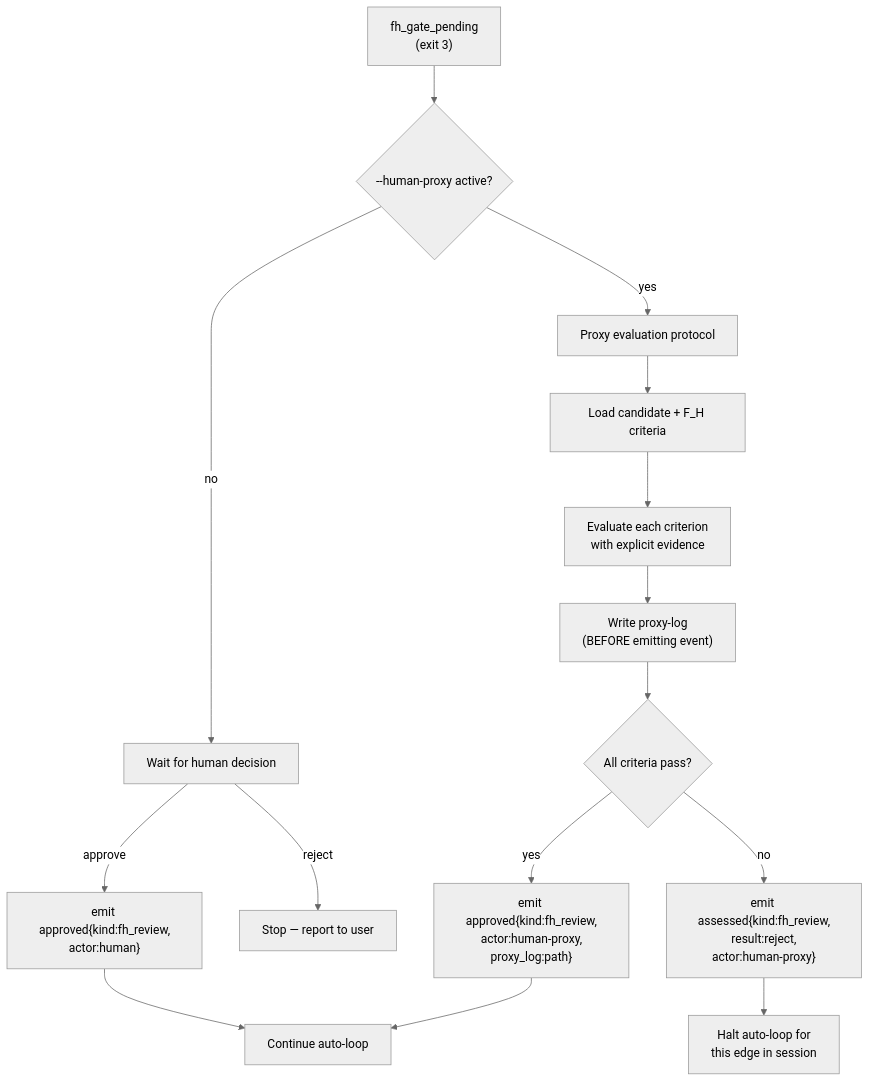
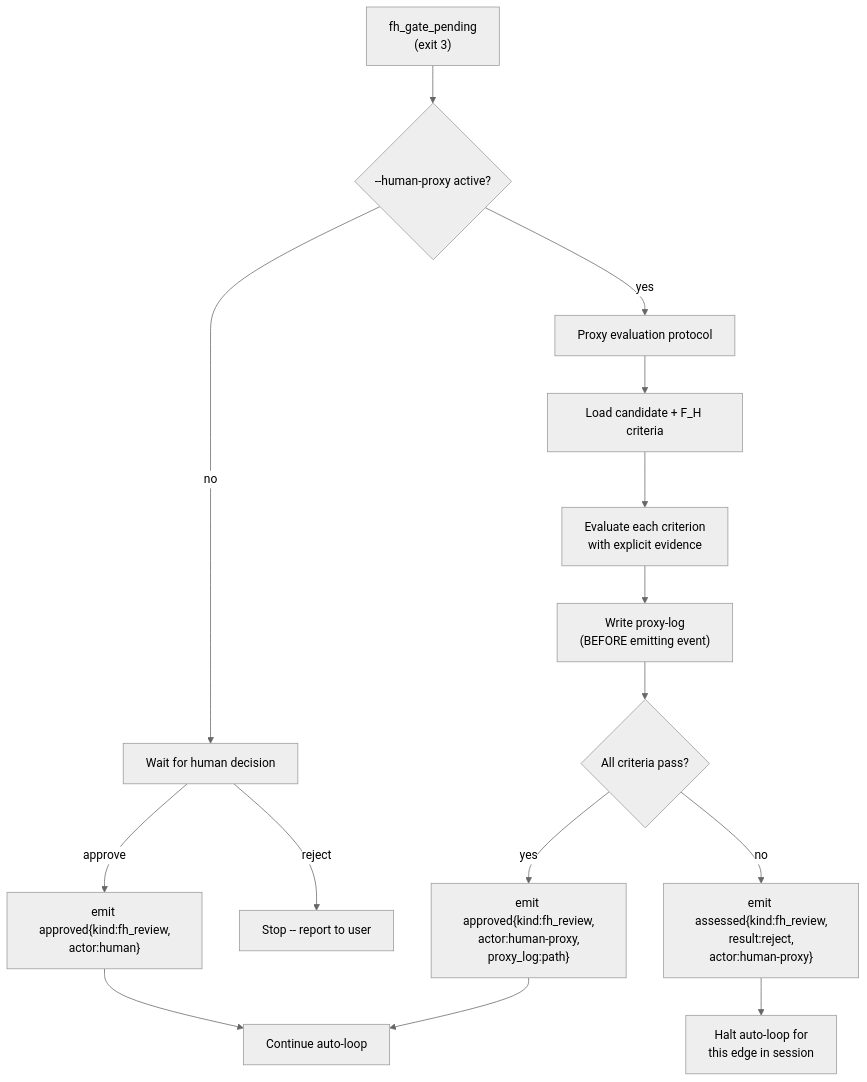
Diagram 15 of 23 in docs/ABG_Design_Document.md (foolishimp/abiogenesis), drawn with Mermaid (neutral theme) before and after one commit. The commit also changed other lines of this file and 90 other files, not shown here.

````diff
--- a/docs/ABG_Design_Document.md
+++ b/docs/ABG_Design_Document.md
@@ -565,19 +762,19 @@
 ```mermaid
 flowchart TD
     FH["fh_gate_pending\n(exit 3)"] --> HP{"--human-proxy active?"}
     HP -->|no| HW["Wait for human decision"]
     HW -->|approve| EA["emit approved{kind:fh_review,\nactor:human}"]
-    HW -->|reject| STOP["Stop — report to user"]
+    HW -->|reject| STOP["Stop -- report to user"]
 
     HP -->|yes| PE["Proxy evaluation protocol"]
     PE --> LC["Load candidate + F_H criteria"]
     LC --> EV["Evaluate each criterion\nwith explicit evidence"]
     EV --> PL["Write proxy-log\n(BEFORE emitting event)"]
     PL --> PD{"All criteria pass?"}
     PD -->|yes| PA["emit approved{kind:fh_review,\nactor:human-proxy,\nproxy_log:path}"]
     PD -->|no| PR["emit assessed{kind:fh_review,\nresult:reject,\nactor:human-proxy}"]
     PR --> HALT["Halt auto-loop for\nthis edge in session"]
 
     EA --> CONT["Continue auto-loop"]
     PA --> CONT
 ```
````
